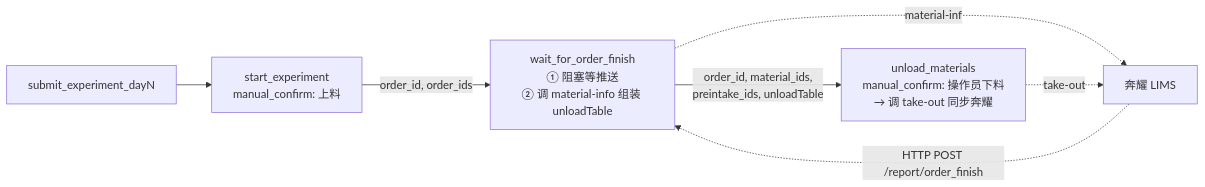
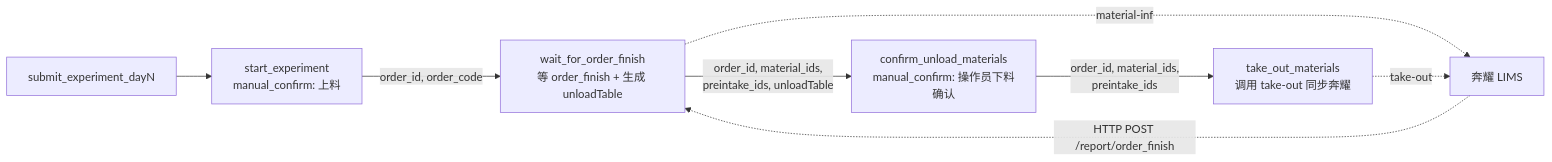
One commit to Xuwznln/Uni-Lab-OS-Doc changed the diagram in plan/2026-05-20_add_two_node.md. Above: the diagram before and after it, drawn with Mermaid. The commit also changed other lines of this file, not shown here.

Commit message:
plan: modify add_two_node plan for material unload

````diff
--- a/plan/2026-05-20_add_two_node.md
+++ b/plan/2026-05-20_add_two_node.md
@@ -212,9 +395,10 @@
 ```mermaid
 flowchart LR
     submit["submit_experiment_dayN"] --> start["start_experiment<br/>manual_confirm: 上料"]
-    start -->|order_id, order_ids| wait["wait_for_order_finish<br/>① 阻塞等推送<br/>② 调 material-info 组装 unloadTable"]
-    wait -->|order_id, material_ids,<br/>preintake_ids, unloadTable| unload["unload_materials<br/>manual_confirm: 操作员下料<br/>→ 调 take-out 同步奔耀"]
+    start -->|order_id, order_code| wait["wait_for_order_finish<br/>等 order_finish + 生成 unloadTable"]
+    wait -->|order_id, material_ids,<br/>preintake_ids, unloadTable| confirm["confirm_unload_materials<br/>manual_confirm: 操作员下料确认"]
+    confirm -->|order_id, material_ids,<br/>preintake_ids| takeout["take_out_materials<br/>调用 take-out 同步奔耀"]
     bioyond["奔耀 LIMS"] -.HTTP POST /report/order_finish.-> wait
     wait -.material-info.-> bioyond
-    unload -.take-out.-> bioyond
+    takeout -.take-out.-> bioyond
 ```
````
